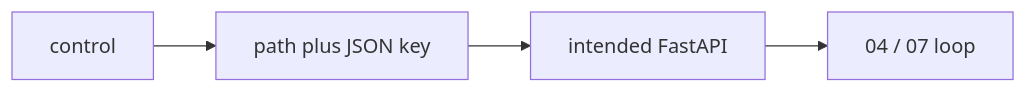
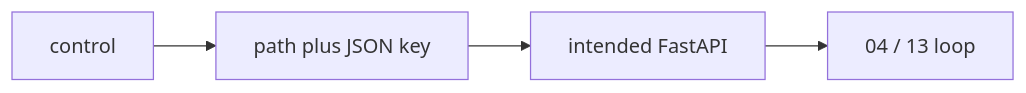
Before and after one commit to jacobbweber/AgenticAI-Labs: the diagram in resources/notes/07_surface_map.md, drawn with Mermaid. The commit also changed other lines of this file and 279 other files, not shown here.

````diff
--- a/resources/notes/07_surface_map.md
+++ b/resources/notes/07_surface_map.md
@@ -19,10 +19,10 @@
 ```mermaid
 flowchart LR
     notes07_btn["control"]
     notes07_http["path plus JSON key"]
     notes07_api["intended FastAPI"]
-    notes07_loop["04 / 07 loop"]
+    notes07_loop["04 / 13 loop"]
     notes07_btn --> notes07_http
     notes07_http --> notes07_api
     notes07_api --> notes07_loop
 ```
````
